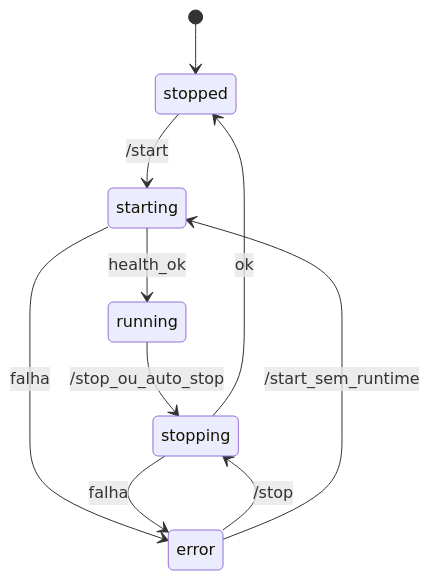
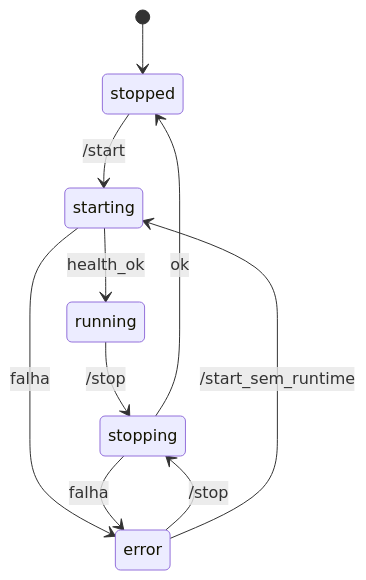
Before and after one commit to AloneInAbyss/lghs: the second of 2 diagrams in docs/architecture.md, drawn with Mermaid. The commit also changed other lines of this file and 7 other files, not shown here.

````diff
--- a/docs/architecture.md
+++ b/docs/architecture.md
@@ -108,12 +101,12 @@
 ```mermaid
 stateDiagram-v2
   [*] --> stopped
   stopped --> starting: /start
   starting --> running: health_ok
   starting --> error: falha
-  running --> stopping: /stop_ou_auto_stop
+  running --> stopping: /stop
   stopping --> stopped: ok
   stopping --> error: falha
   error --> stopping: /stop
   error --> starting: /start_sem_runtime
 ```
````
